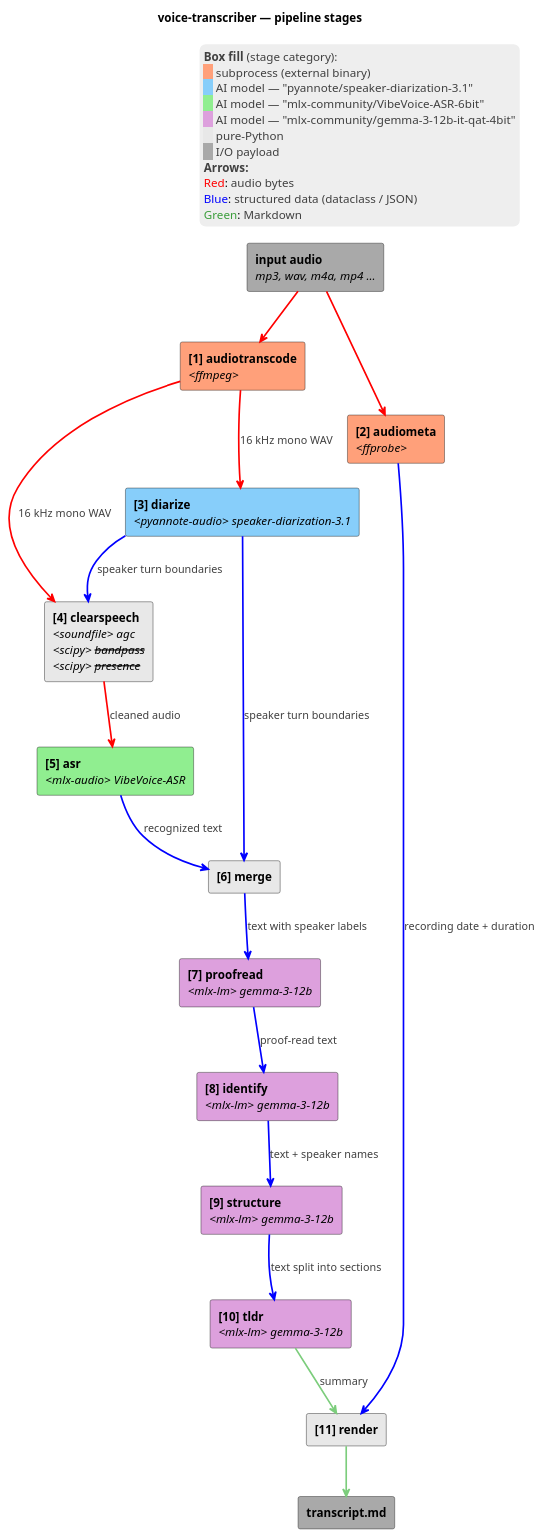
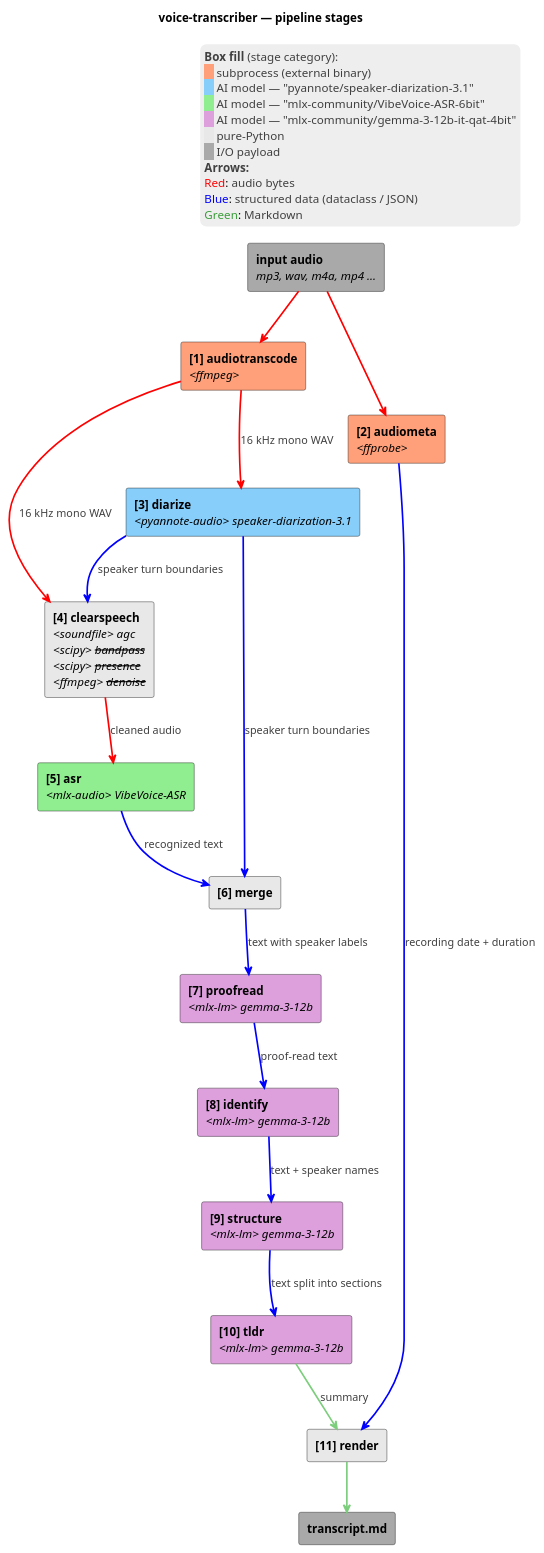
One commit to artem-from-ua/voice-transcriber changed the second of 2 diagrams in docs/architecture.md. Above: the diagram before and after it, drawn with PlantUML. The commit also changed other lines of this file and 11 other files, not shown here.

````diff
--- a/docs/architecture.md
+++ b/docs/architecture.md
@@ -63,58 +63,58 @@
 ```plantuml
 @startuml
 title voice-transcriber — pipeline stages
 skinparam componentStyle rectangle
 skinparam ArrowThickness 2
 skinparam legendBorderColor transparent
 skinparam legendBackgroundColor #EEEEEE
 
 [<b>input audio</b>\n<i>mp3, wav, m4a, mp4 ...</i>] as Input #A9A9A9
 [<b>transcript.md</b>] as Output #A9A9A9
 
 component "<b>[1] audiotranscode</b>\n<i><ffmpeg></i>" as WAV #FFA07A
 component "<b>[2] audiometa</b>\n<i><ffprobe></i>" as FF #FFA07A
 component "<b>[3] diarize</b>\n<i><pyannote-audio> speaker-diarization-3.1</i>" as Diar #87CEFA
-component "<b>[4] clearspeech</b>\n<i><soundfile> agc</i>\n<i><scipy> <s>bandpass</s></i>\n<i><scipy> <s>presence</s></i>" as CS #E8E8E8
+component "<b>[4] clearspeech</b>\n<i><soundfile> agc</i>\n<i><scipy> <s>bandpass</s></i>\n<i><scipy> <s>presence</s></i>\n<i><ffmpeg> <s>denoise</s></i>" as CS #E8E8E8
 component "<b>[5] asr</b>\n<i><mlx-audio> VibeVoice-ASR</i>" as ASR #90EE90
 component "<b>[6] merge</b>" as Merge #E8E8E8
 component "<b>[7] proofread</b>\n<i><mlx-lm> gemma-3-12b</i>" as Post #DDA0DD
 component "<b>[8] identify</b>\n<i><mlx-lm> gemma-3-12b</i>" as Ident #DDA0DD
 component "<b>[9] structure</b>\n<i><mlx-lm> gemma-3-12b</i>" as Struct #DDA0DD
 component "<b>[10] tldr</b>\n<i><mlx-lm> gemma-3-12b</i>" as TLDR #DDA0DD
 component "<b>[11] render</b>" as Render #E8E8E8
 
 Input -[#red]-> FF
 Input -[#red]-> WAV
 
 WAV -[#red]-> Diar : <color:#404040>16 kHz mono WAV</color>
 WAV -[#red]-> CS : <color:#404040>16 kHz mono WAV</color>
 Diar -[#blue]-> CS : <color:#404040>speaker turn boundaries</color>
 CS -[#red]-> ASR : <color:#404040>cleaned audio</color>
 
 ASR -[#blue]-> Merge : <color:#404040>recognized text</color>
 Diar -[#blue]-> Merge : <color:#404040>speaker turn boundaries</color>
 
 Merge -[#blue]-> Post : <color:#404040>text with speaker labels</color>
 Post -[#blue]-> Ident : <color:#404040>proof-read text</color>
 Ident -[#blue]-> Struct : <color:#404040>text + speaker names</color>
 Struct -[#blue]-> TLDR : <color:#404040>text split into sections</color>
 
 FF -[#blue]-> Render : <color:#404040>recording date + duration</color>
 TLDR -[#7CCD7C]-> Render : <color:#404040>summary</color>
 Render -[#7CCD7C]-> Output
 
 legend top right
   <color:#404040>**Box fill** (stage category):</color>
   <back:#FFA07A>   </back> <color:#404040>subprocess (external binary)</color>
   <back:#87CEFA>   </back> <color:#404040>AI model — "pyannote/speaker-diarization-3.1"</color>
   <back:#90EE90>   </back> <color:#404040>AI model — "mlx-community/VibeVoice-ASR-6bit"</color>
   <back:#DDA0DD>   </back> <color:#404040>AI model — "mlx-community/gemma-3-12b-it-qat-4bit"</color>
   <back:#E8E8E8>   </back> <color:#404040>pure-Python</color>
   <back:#A9A9A9>   </back> <color:#404040>I/O payload</color>
   <color:#404040>**Arrows:**</color>
   <color:red>Red</color>: <color:#404040>audio bytes</color>
   <color:blue>Blue</color>: <color:#404040>structured data (dataclass / JSON)</color>
   <color:#3A9D3A>Green</color>: <color:#404040>Markdown</color>
 end legend
 @enduml
 ```
````
